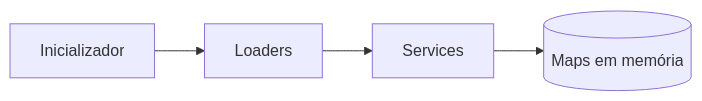
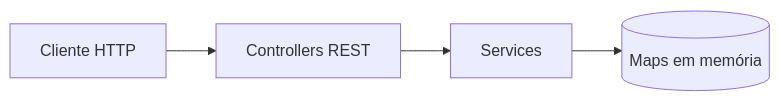
The second of 2 diagrams in README.md (andregasparinfnet/andre-gaspar-api), drawn with Mermaid before and after one commit. The commit also changed other lines of this file and 14 other files, not shown here.

````diff
--- a/README.md
+++ b/README.md
@@ -155,6 +168,6 @@
 ```mermaid
 flowchart LR
-    A[Inicializador] --> L[Loaders]
-    L --> S[Services]
+    C[Cliente HTTP] --> R[Controllers REST]
+    R --> S[Services]
     S --> M[(Maps em memória)]
 ```
````
